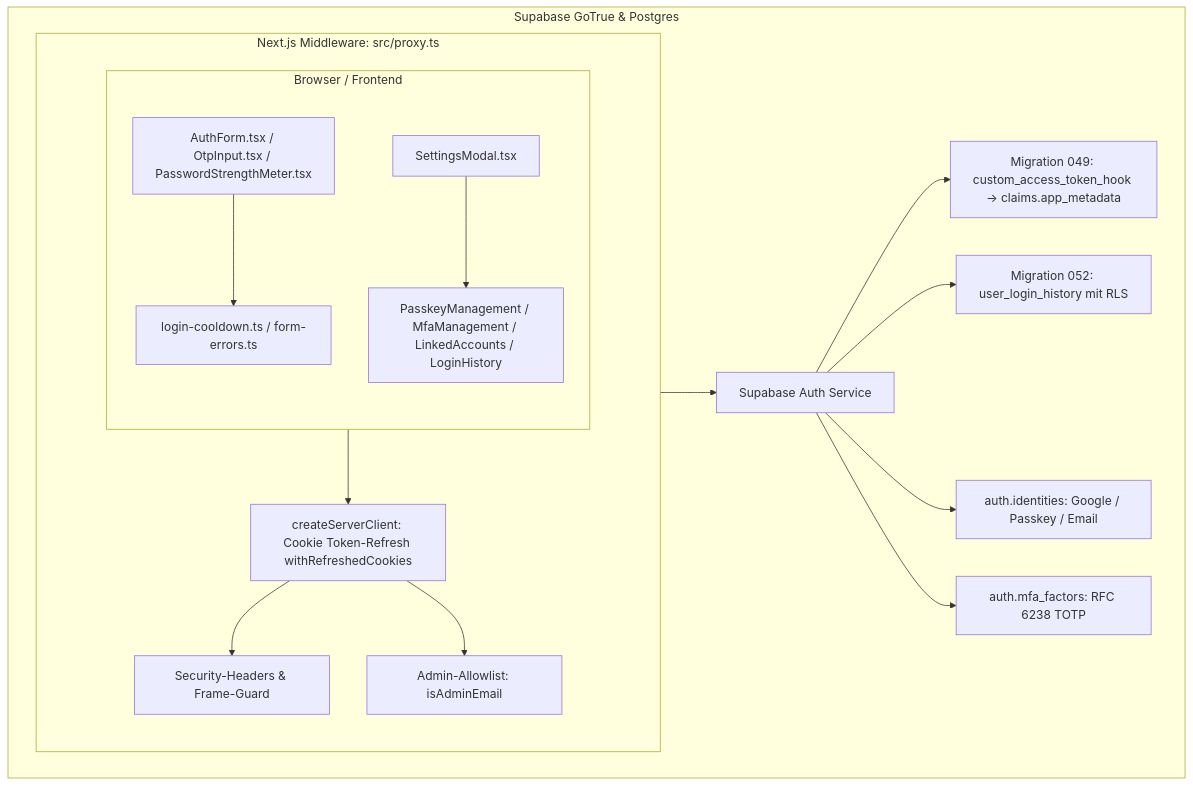
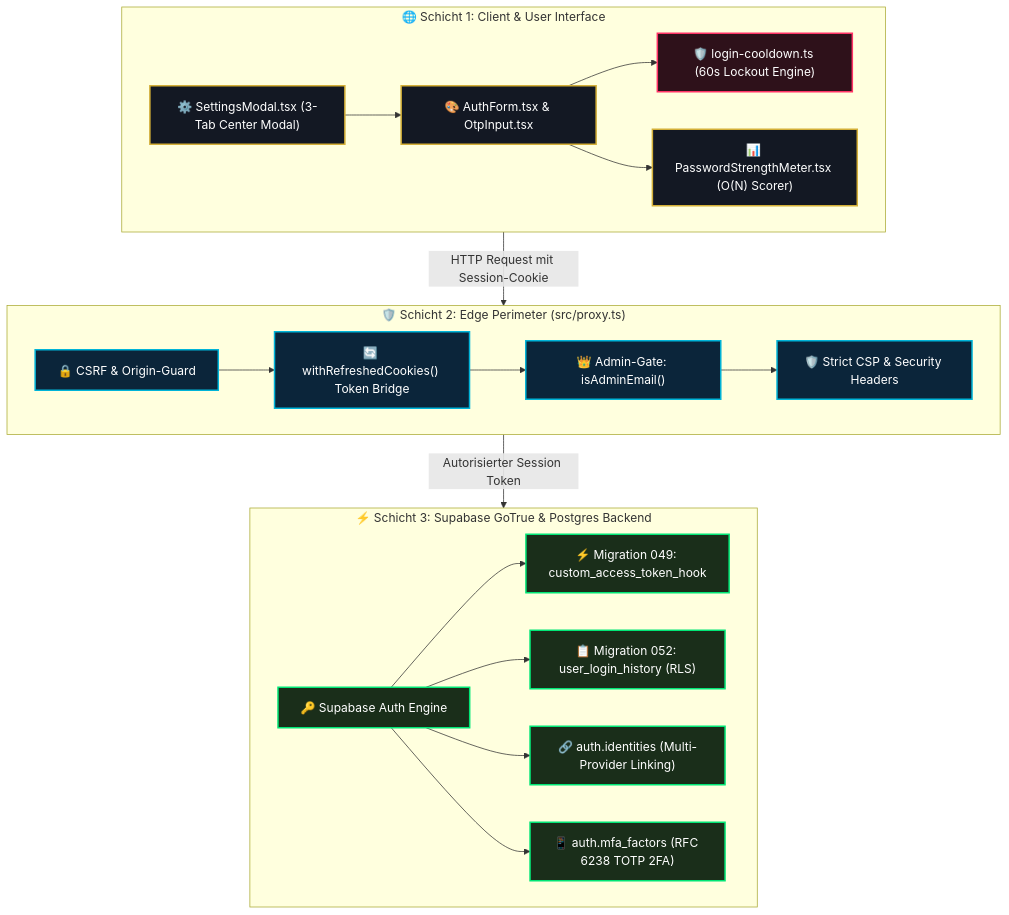
One commit to ameisw667/Casino changed the first of 2 diagrams in docs/auth/00_AUTH_OVERVIEW.md. Above: the diagram before and after it, drawn with Mermaid. The commit also changed other lines of this file and 78 other files, not shown here.

First line of the commit message:
security(api): harden money and auth paths with wellbeing and bot guards

````diff
--- a/docs/auth/00_AUTH_OVERVIEW.md
+++ b/docs/auth/00_AUTH_OVERVIEW.md
@@ -30,21 +32,41 @@
 ```mermaid
 flowchart TD
-    subgraph Client [Browser / Frontend]
-        UI[AuthForm.tsx / OtpInput.tsx / PasswordStrengthMeter.tsx] --> State[login-cooldown.ts / form-errors.ts]
-        Modal[SettingsModal.tsx] --> Settings[PasskeyManagement / MfaManagement / LinkedAccounts / LoginHistory]
+    %% Styling Classes
+    classDef clientStyle fill:#131823,stroke:#D4AF37,stroke-width:2px,color:#FFFFFF;
+    classDef proxyStyle fill:#0B253A,stroke:#00B4D8,stroke-width:2px,color:#FFFFFF;
+    classDef authStyle fill:#1A2E1A,stroke:#00E676,stroke-width:2px,color:#FFFFFF;
+    classDef securityStyle fill:#2E111A,stroke:#FF3366,stroke-width:2px,color:#FFFFFF;
+
+    subgraph ClientLayer ["🌐 Schicht 1: Client & User Interface"]
+        UI["🎨 AuthForm.tsx & OtpInput.tsx"]:::clientStyle
+        Meter["📊 PasswordStrengthMeter.tsx (O(N) Scorer)"]:::clientStyle
+        Modal["⚙️ SettingsModal.tsx (3-Tab Center Modal)"]:::clientStyle
+        State["🛡️ login-cooldown.ts (60s Lockout Engine)"]:::securityStyle
+        UI --> State
+        UI --> Meter
+        Modal --> UI
     end
 
-    subgraph EdgeProxy [Next.js Middleware: src/proxy.ts]
-        Client --> SSR[createServerClient: Cookie Token-Refresh withRefreshedCookies]
-        SSR --> CSP[Security-Headers & Frame-Guard]
-        SSR --> Gate[Admin-Allowlist: isAdminEmail]
+    subgraph ProxyLayer ["🛡️ Schicht 2: Edge Perimeter (src/proxy.ts)"]
+        CSRF["🔒 CSRF & Origin-Guard"]:::proxyStyle
+        SSR["🔄 withRefreshedCookies() Token Bridge"]:::proxyStyle
+        Gate["👑 Admin-Gate: isAdminEmail()"]:::proxyStyle
+        CSP["🛡️ Strict CSP & Security Headers"]:::proxyStyle
+        CSRF --> SSR --> Gate --> CSP
     end
 
-    subgraph SupabaseAuth [Supabase GoTrue & Postgres]
-        EdgeProxy --> GoTrue[Supabase Auth Service]
-        GoTrue --> Hook[Migration 049: custom_access_token_hook -> claims.app_metadata]
-        GoTrue --> Audit[Migration 052: user_login_history mit RLS]
-        GoTrue --> Ident[auth.identities: Google / Passkey / Email]
-        GoTrue --> MFAFactors[auth.mfa_factors: RFC 6238 TOTP]
+    subgraph AuthLayer ["⚡ Schicht 3: Supabase GoTrue & Postgres Backend"]
+        GoTrue["🔑 Supabase Auth Engine"]:::authStyle
+        Hook["⚡ Migration 049: custom_access_token_hook"]:::authStyle
+        Audit["📋 Migration 052: user_login_history (RLS)"]:::authStyle
+        Ident["🔗 auth.identities (Multi-Provider Linking)"]:::authStyle
+        MFA["📱 auth.mfa_factors (RFC 6238 TOTP 2FA)"]:::authStyle
+        GoTrue --> Hook
+        GoTrue --> Audit
+        GoTrue --> Ident
+        GoTrue --> MFA
     end
+
+    ClientLayer -->|HTTP Request mit Session-Cookie| ProxyLayer
+    ProxyLayer -->|Autorisierter Session Token| AuthLayer
 ```
````
